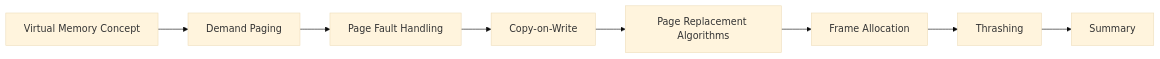
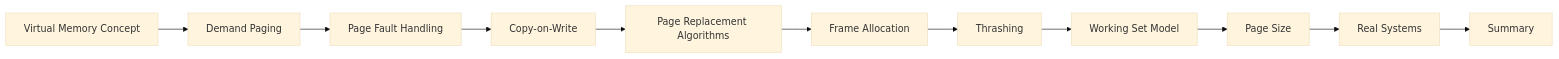
The diagram in docs/courses/operating-systems/09-virtual-memory.md (Raushan666java/ai-engineering-journey), drawn with Mermaid (base theme) before and after one commit. The commit also changed other lines of this file and 17 other files, not shown here.

```diff
--- a/docs/courses/operating-systems/09-virtual-memory.md
+++ b/docs/courses/operating-systems/09-virtual-memory.md
@@ -29,10 +34,13 @@
 <div class="mermaid">
 flowchart LR
     A[Virtual Memory Concept] --> B[Demand Paging]
     B --> C[Page Fault Handling]
     C --> D[Copy-on-Write]
     D --> E[Page Replacement Algorithms]
     E --> F[Frame Allocation]
     F --> G[Thrashing]
-    G --> H[Summary]
+    G --> H[Working Set Model]
+    H --> I[Page Size]
+    I --> J[Real Systems]
+    J --> K[Summary]
 </div>
```
